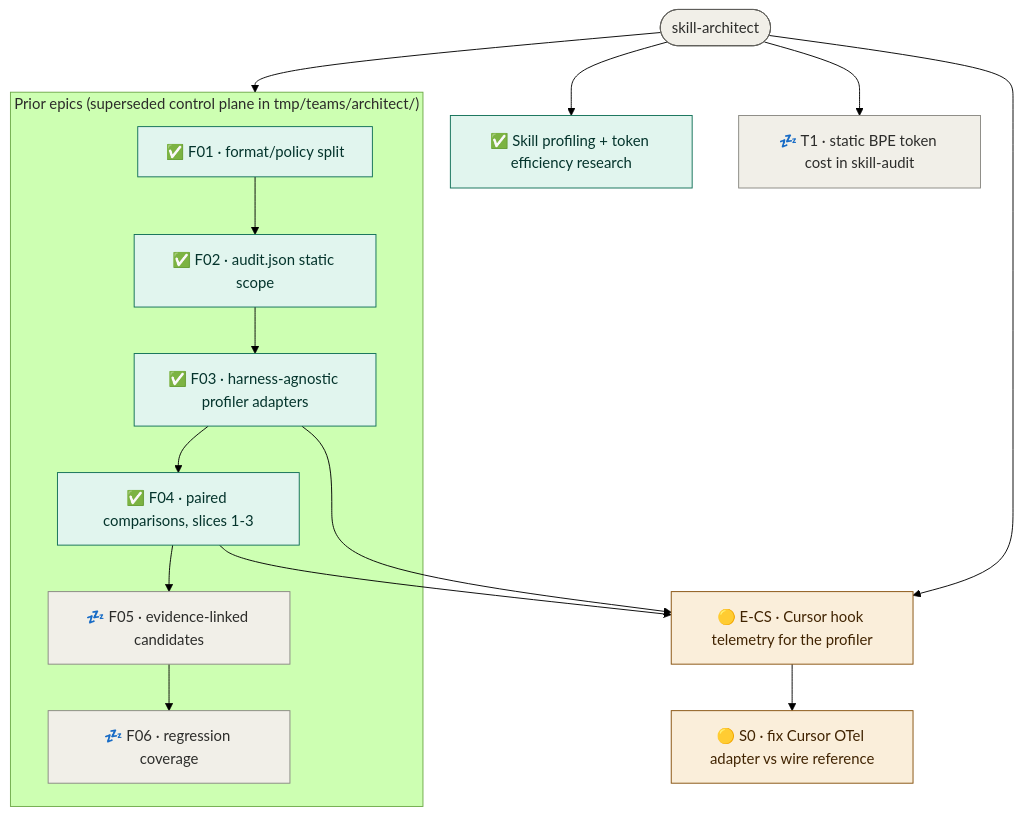
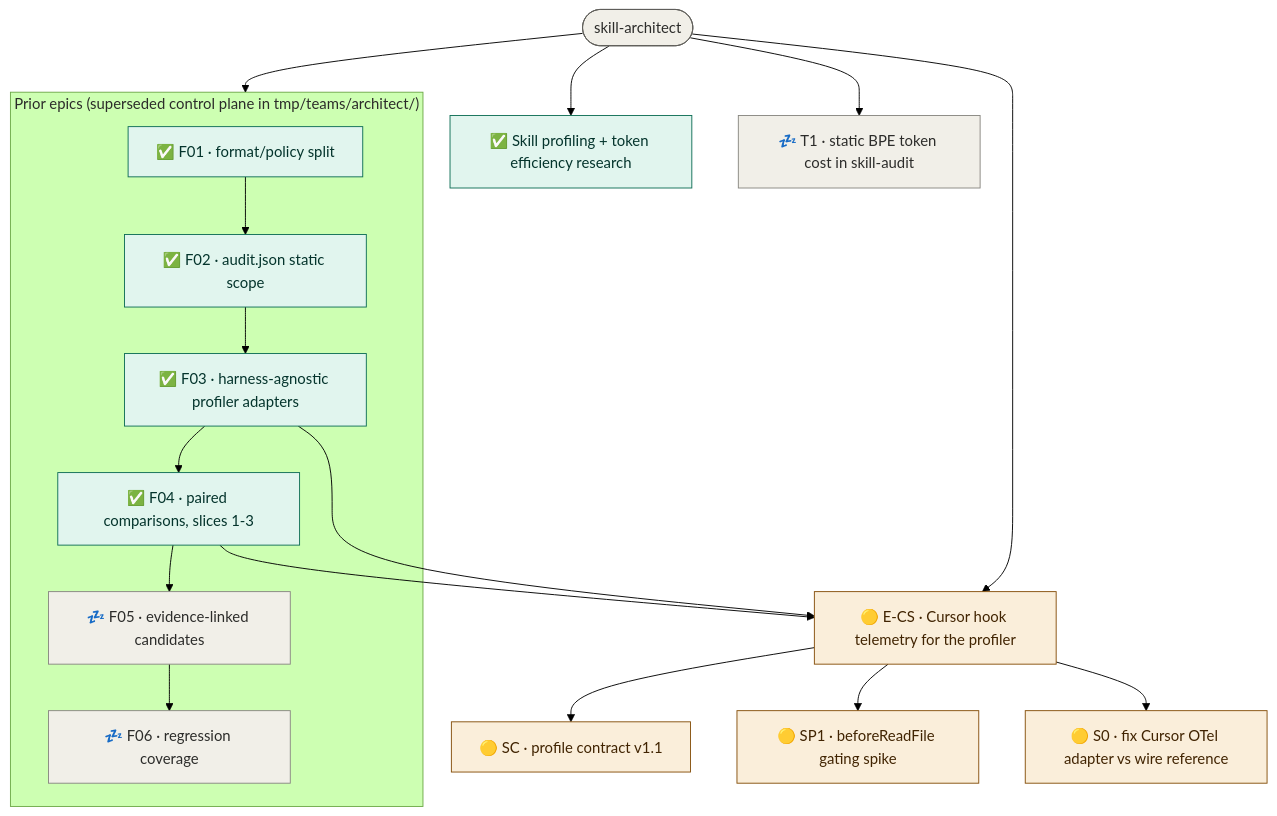
Before and after one commit to Okja-Engineering/skill-architect: the diagram in .scuba/roadmap.md, drawn with Mermaid (forest theme). The commit also changed other lines of this file and 20 other files, not shown here.

````diff
--- a/.scuba/roadmap.md
+++ b/.scuba/roadmap.md
@@ -20,48 +21,52 @@
 ```mermaid
 flowchart TD
   L([skill-architect]):::root
 
   L --> CS[🟡 E-CS · Cursor hook telemetry for the profiler]:::spec
   L --> RP[✅ Skill profiling + token efficiency research]:::done
   L --> T1[💤 T1 · static BPE token cost in skill-audit]:::parked
 
+  CS --> SC[🟡 SC · profile contract v1.1]:::spec
+  CS --> SP1[🟡 SP1 · beforeReadFile gating spike]:::spec
   CS --> S0[🟡 S0 · fix Cursor OTel adapter vs wire reference]:::spec
 
   subgraph PRIOR["Prior epics (superseded control plane in tmp/teams/architect/)"]
     F01[✅ F01 · format/policy split]:::done
     F02[✅ F02 · audit.json static scope]:::done
     F03[✅ F03 · harness-agnostic profiler adapters]:::done
     F04[✅ F04 · paired comparisons, slices 1-3]:::done
     F05[💤 F05 · evidence-linked candidates]:::parked
     F06[💤 F06 · regression coverage]:::parked
   end
 
   L --> PRIOR
   F01 --> F02
   F02 --> F03
   F03 --> F04
   F04 --> F05
   F05 --> F06
   F03 --> CS
   F04 --> CS
 
-  click CS "teams/cursorscope-go/roadmap.md" "Groomed roadmap — 12 slices S0-S11"
+  click CS "teams/cursorscope-go/roadmap.md" "Groomed roadmap — 16 slices after round-1 revision"
   click RP "teams/research-profiling/ledger.md" "Research ledger"
   click T1 "teams/cursorscope-go/slices/T1.status.md" "Parked — separate parallel thread"
+  click SC "teams/cursorscope-go/slices/SC.status.md" "Contract slice — ships first"
+  click SP1 "teams/cursorscope-go/slices/SP1.status.md" "Gating spike — hard gate ahead of S3"
   click S0 "teams/cursorscope-go/slices/S0.status.md" "Slice status — dispatchable independently"
   click F01 "../tmp/teams/architect/F01.status.md" "Done — status"
   click F02 "../tmp/teams/architect/F02.status.md" "Done — status"
   click F03 "../tmp/teams/architect/profiler-design-space.md" "Done — design space (no status file)"
   click F04 "../tmp/teams/architect/F04.status.md" "Done for slices 1-3 — status file stale"
   click F05 "../tmp/teams/architect/F05.status.md" "Parked — status"
   click F06 "../tmp/teams/architect/F06.status.md" "Parked — status"
 
   classDef root fill:#F1EFE8,stroke:#5F5E5A,color:#2C2C2A
   classDef spec fill:#FAEEDA,stroke:#854F0B,color:#412402
   classDef plan fill:#E6F1FB,stroke:#185FA5,color:#042C53
   classDef exec fill:#EAF3DE,stroke:#3B6D11,color:#173404
   classDef review fill:#EEEDFE,stroke:#534AB7,color:#26215C
   classDef blocked fill:#FCEBEB,stroke:#A32D2D,color:#501313
   classDef done fill:#E1F5EE,stroke:#0F6E56,color:#04342C
   classDef parked fill:#F1EFE8,stroke:#888780,color:#2C2C2A
 ```
````
